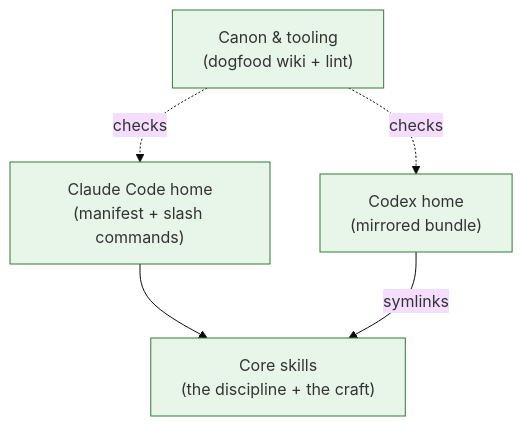
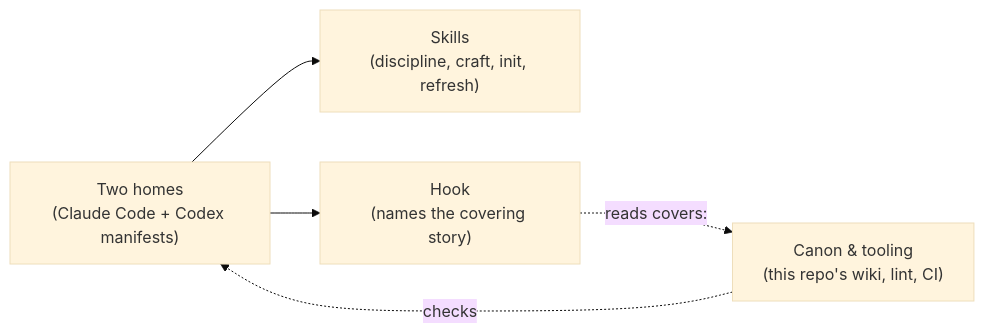
One commit to suncloudsmoon/stories changed the diagram in ARCHITECTURE.md. Above: the diagram before and after it, drawn with Mermaid (base theme). The commit also changed other lines of this file and 48 other files, not shown here.

````diff
--- a/ARCHITECTURE.md
+++ b/ARCHITECTURE.md
@@ -5,13 +5,7 @@
 ```mermaid
-flowchart TB
-    claude_code_home["Claude Code home\n(manifest + slash commands)"] --> core_skills["Core skills\n(the discipline + the craft)"]
-    codex_home["Codex home\n(mirrored bundle)"] -- symlinks --> core_skills
-    canon_tooling["Canon & tooling\n(dogfood wiki + lint)"] -. checks .-> claude_code_home
-    canon_tooling -. checks .-> codex_home
-    click core_skills "docs/stories/systems/core-skills.md"
-    click claude_code_home "docs/stories/systems/claude-code-home.md"
-    click codex_home "docs/stories/systems/codex-home.md"
-    click canon_tooling "docs/stories/systems/canon-tooling.md"
-    classDef new fill:#e8f5e9,stroke:#2e7d32;
-    class core_skills,claude_code_home,codex_home,canon_tooling new;
+flowchart LR
+    homes["Two homes\n(Claude Code + Codex manifests)"] --> skills["Skills\n(discipline, craft, init, refresh)"]
+    homes --> hook["Hook\n(names the covering story)"]
+    hook -. reads covers: .-> canon["Canon & tooling\n(this repo's wiki, lint, CI)"]
+    canon -. checks .-> homes
 ```
````
